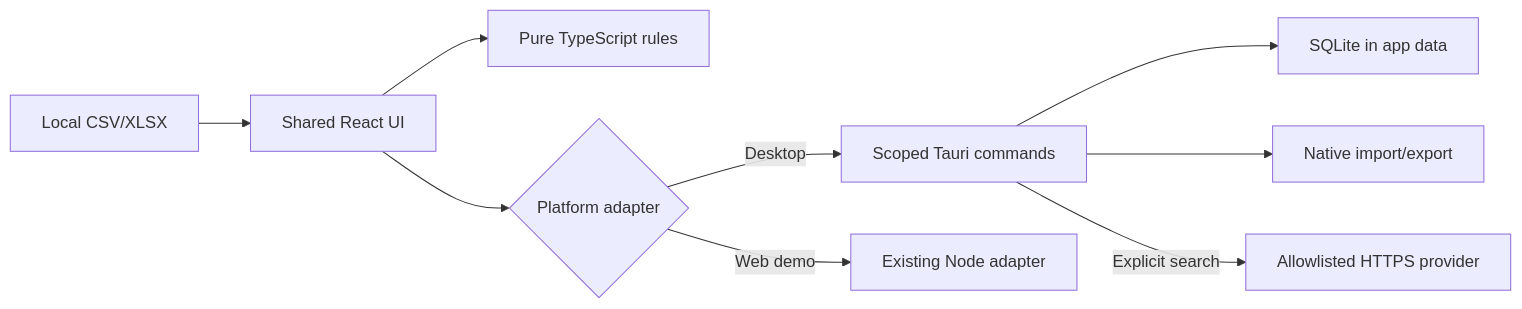
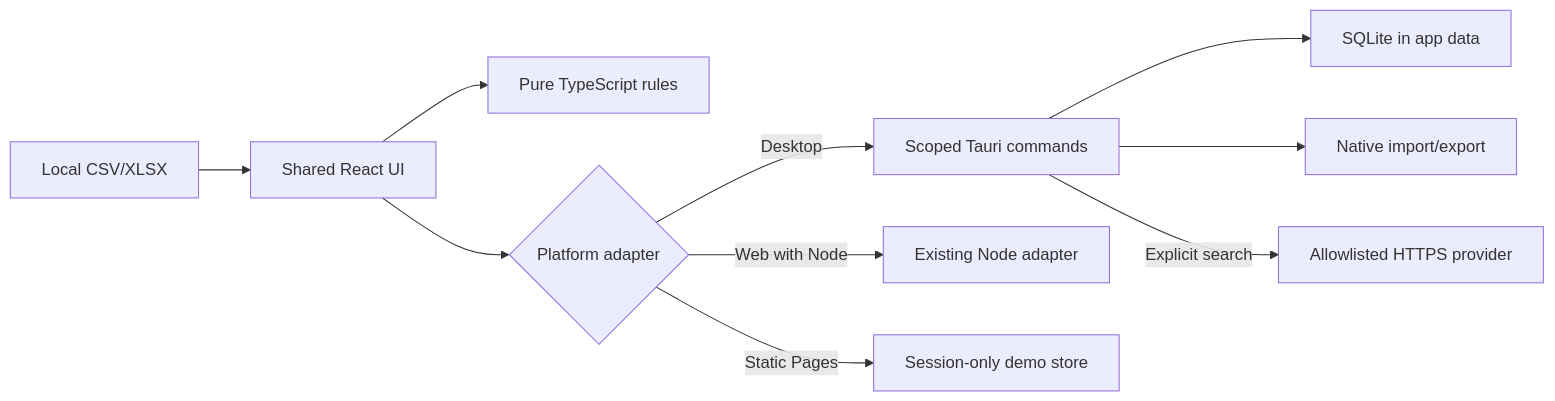
One commit to Sajeevanveeriah/Inventory-Management-SWL changed the first of 2 diagrams in docs/ARCHITECTURE.md. Above: the diagram before and after it, drawn with Mermaid. The commit also changed other lines of this file and 109 other files, not shown here.

````diff
--- a/docs/ARCHITECTURE.md
+++ b/docs/ARCHITECTURE.md
@@ -3,11 +3,12 @@
 ```mermaid
 flowchart LR
   Files["Local CSV/XLSX"] --> UI["Shared React UI"]
   UI --> Core["Pure TypeScript rules"]
   UI --> Adapter{"Platform adapter"}
   Adapter -->|Desktop| Rust["Scoped Tauri commands"]
   Rust --> DB["SQLite in app data"]
   Rust --> Export["Native import/export"]
   Rust -->|Explicit search| Provider["Allowlisted HTTPS provider"]
-  Adapter -->|Web demo| Server["Existing Node adapter"]
+  Adapter -->|Web with Node| Server["Existing Node adapter"]
+  Adapter -->|Static Pages| Session["Session-only demo store"]
 ```
````
